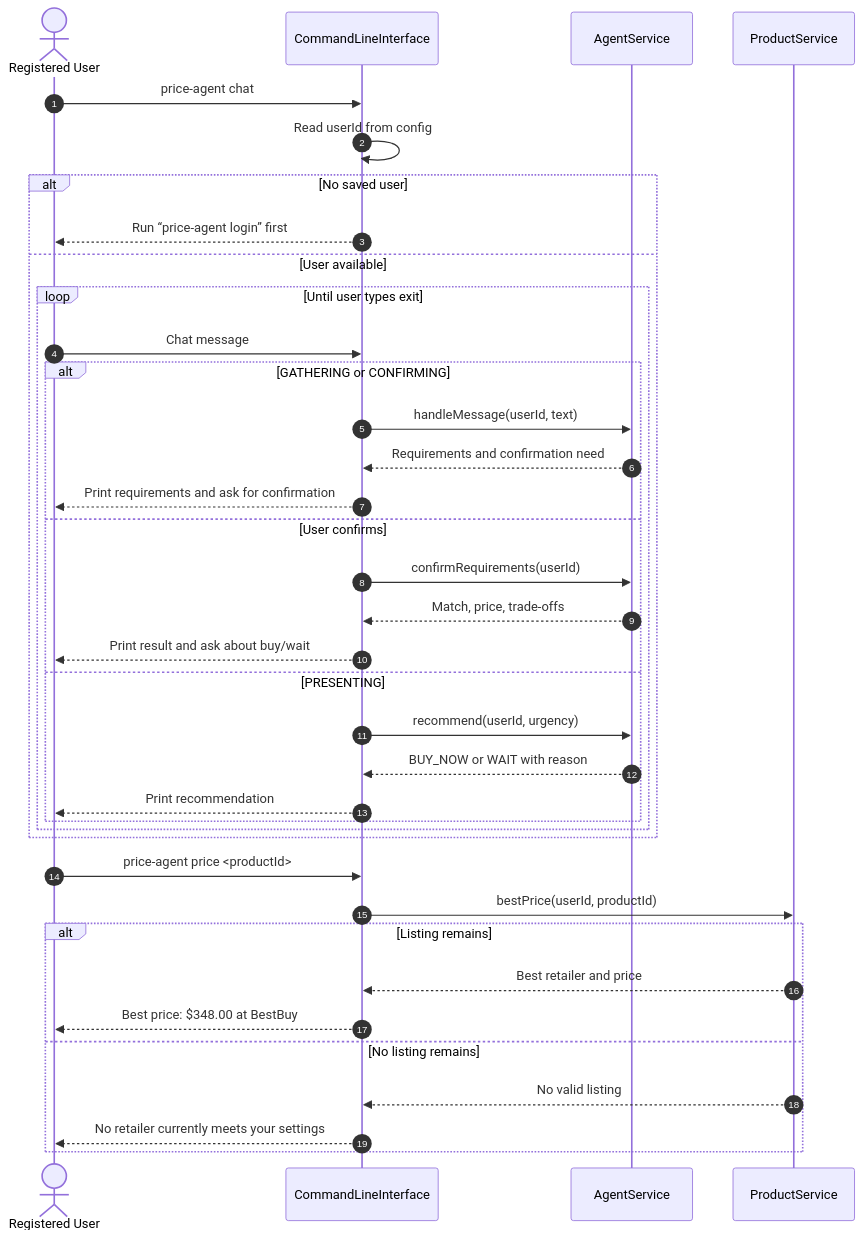
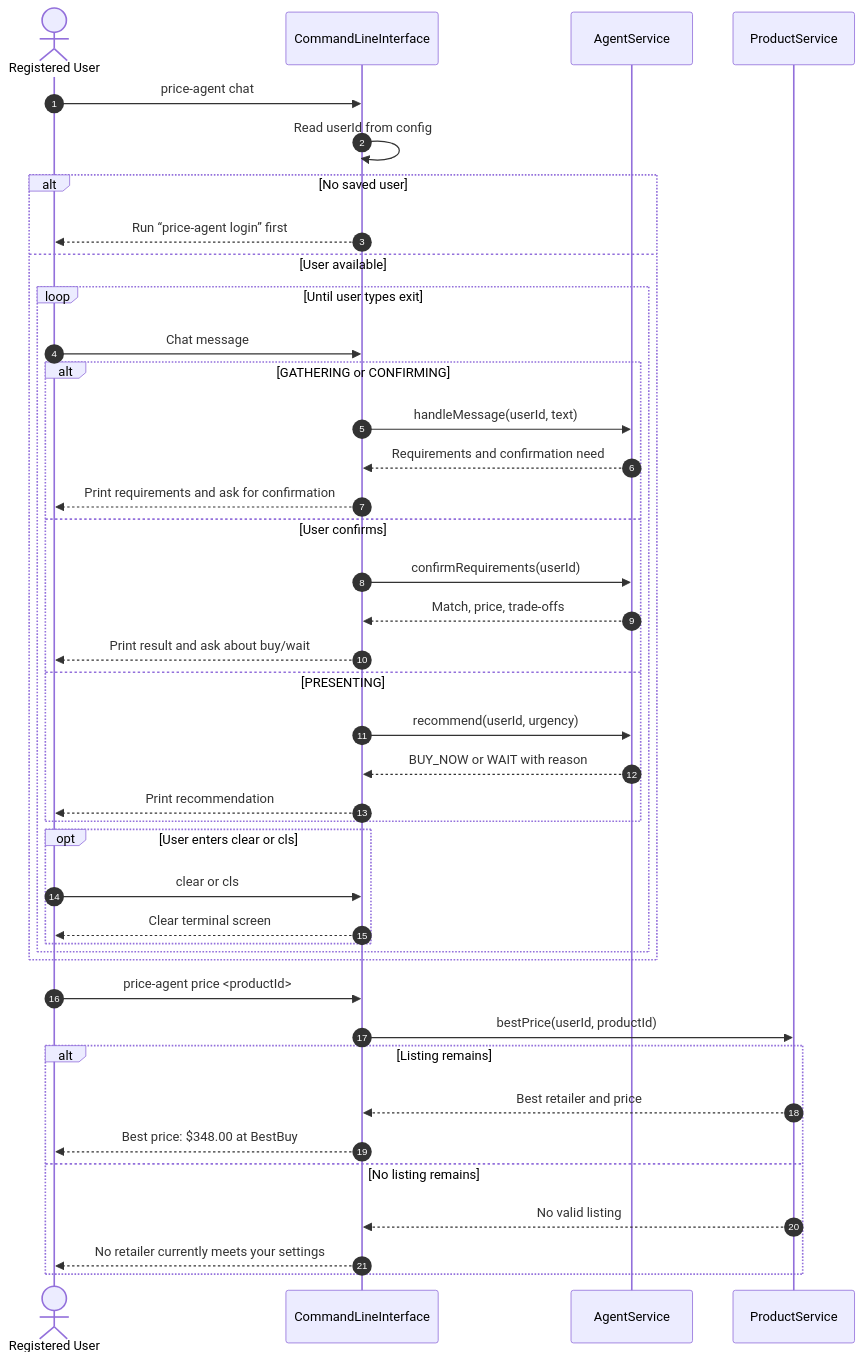
Diagram 12 of 12 in docs/design.md (jordantran092/AI-Agent-App-Product-Finder), drawn with Mermaid before and after one commit. The commit also changed other lines of this file and 20 other files, not shown here.

````diff
--- a/docs/design.md
+++ b/docs/design.md
@@ -1805,39 +1807,43 @@
 ```mermaid
 sequenceDiagram
     autonumber
     actor User as Registered User
     participant CLI as CommandLineInterface
     participant Agent as AgentService
     participant Product as ProductService
     User->>CLI: price-agent chat
     CLI->>CLI: Read userId from config
     alt No saved user
         CLI-->>User: Run “price-agent login” first
     else User available
         loop Until user types exit
             User->>CLI: Chat message
             alt GATHERING or CONFIRMING
                 CLI->>Agent: handleMessage(userId, text)
                 Agent-->>CLI: Requirements and confirmation need
                 CLI-->>User: Print requirements and ask for confirmation
             else User confirms
                 CLI->>Agent: confirmRequirements(userId)
                 Agent-->>CLI: Match, price, trade-offs
                 CLI-->>User: Print result and ask about buy/wait
             else PRESENTING
                 CLI->>Agent: recommend(userId, urgency)
                 Agent-->>CLI: BUY_NOW or WAIT with reason
                 CLI-->>User: Print recommendation
             end
+            opt User enters clear or cls
+                User->>CLI: clear or cls
+                CLI-->>User: Clear terminal screen
+            end
         end
     end
     User->>CLI: price-agent price <productId>
     CLI->>Product: bestPrice(userId, productId)
     alt Listing remains
         Product-->>CLI: Best retailer and price
         CLI-->>User: Best price: $348.00 at BestBuy
     else No listing remains
         Product-->>CLI: No valid listing
         CLI-->>User: No retailer currently meets your settings
     end
 ```
````
